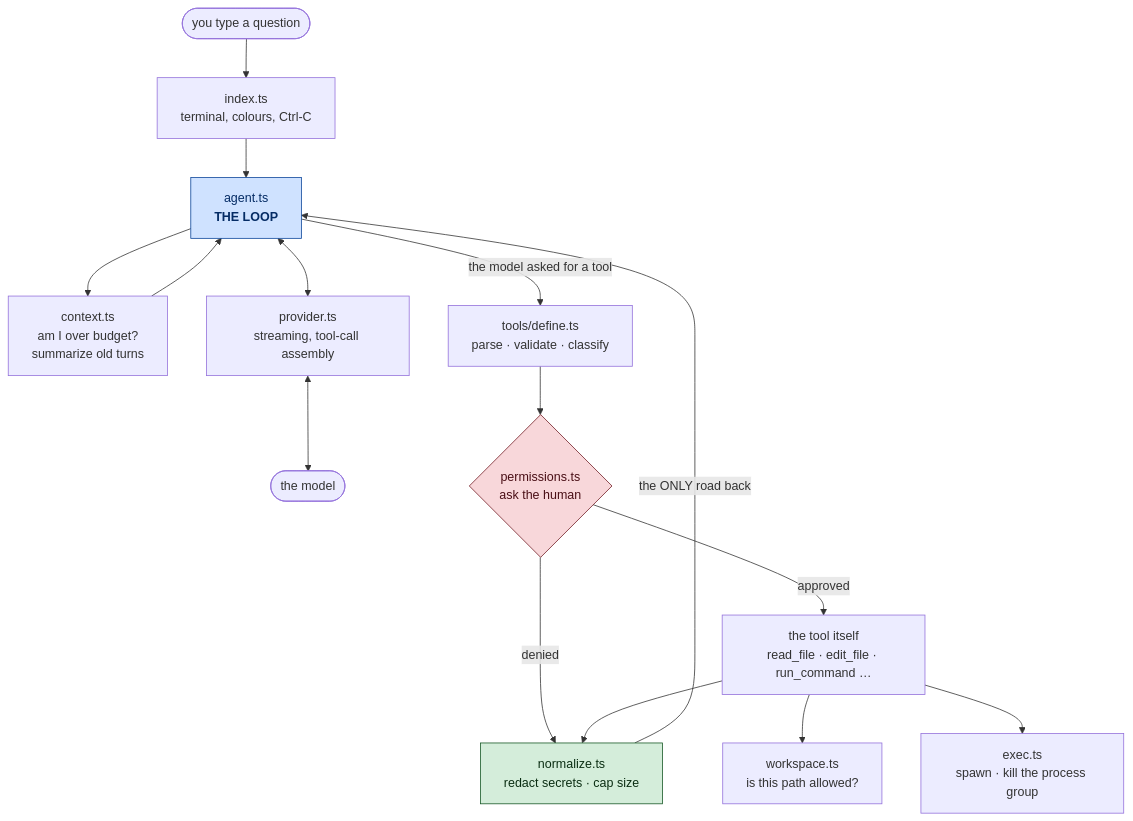
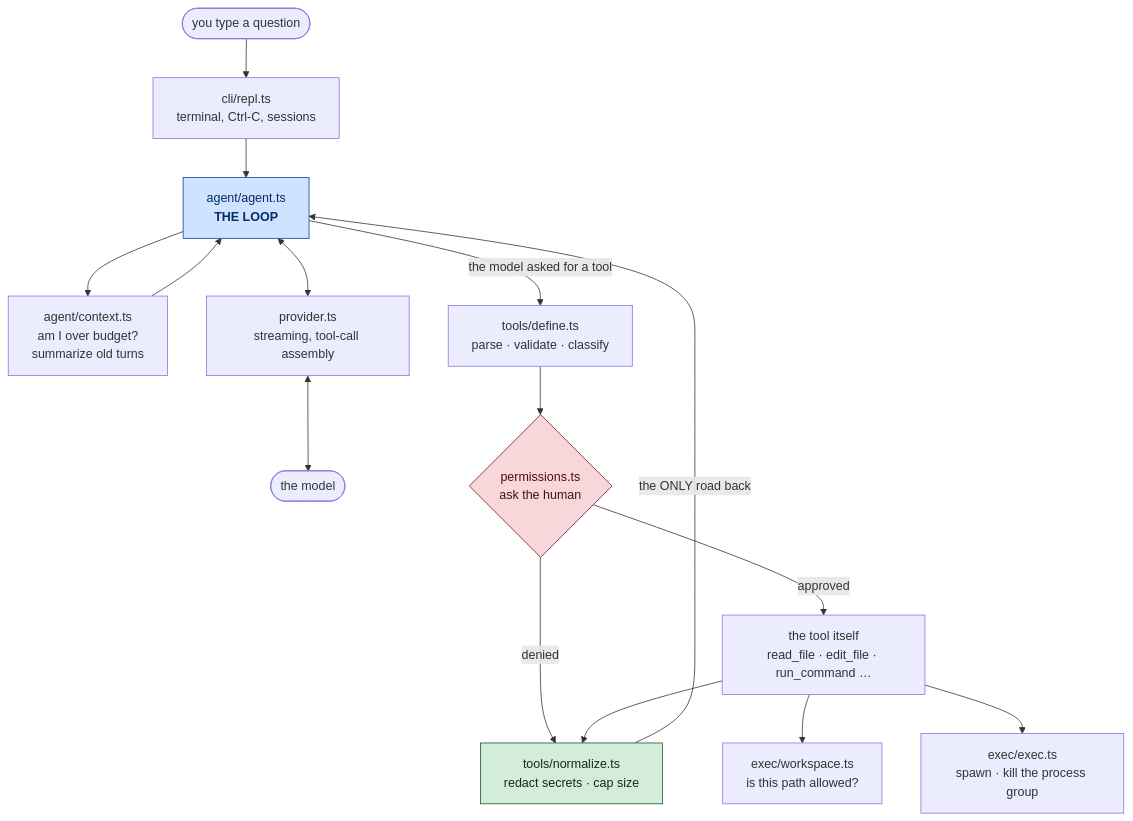
One commit to bairoy/KRIMICODE changed the first of 2 diagrams in learning/README.md. Above: the diagram before and after it, drawn with Mermaid. The commit also changed other lines of this file and 22 other files, not shown here.

````diff
--- a/learning/README.md
+++ b/learning/README.md
@@ -12,24 +12,24 @@
 ```mermaid
 flowchart TD
-    YOU(["you type a question"]) --> IDX["index.ts<br/>terminal, colours, Ctrl-C"]
-    IDX --> AG["agent.ts<br/><b>THE LOOP</b>"]
+    YOU(["you type a question"]) --> IDX["cli/repl.ts<br/>terminal, Ctrl-C, sessions"]
+    IDX --> AG["agent/agent.ts<br/><b>THE LOOP</b>"]
 
-    AG --> CTX["context.ts<br/>am I over budget?<br/>summarize old turns"]
+    AG --> CTX["agent/context.ts<br/>am I over budget?<br/>summarize old turns"]
     CTX --> AG
 
     AG <--> PROV["provider.ts<br/>streaming, tool-call assembly"]
     PROV <--> MODEL(["the model"])
 
     AG -->|"the model asked for a tool"| DEF["tools/define.ts<br/>parse · validate · classify"]
     DEF --> GATE{"permissions.ts<br/>ask the human"}
     GATE -->|denied| NORM
     GATE -->|approved| TOOL["the tool itself<br/>read_file · edit_file · run_command …"]
-    TOOL --> WS["workspace.ts<br/>is this path allowed?"]
-    TOOL --> EXEC["exec.ts<br/>spawn · kill the process group"]
-    TOOL --> NORM["normalize.ts<br/>redact secrets · cap size"]
+    TOOL --> WS["exec/workspace.ts<br/>is this path allowed?"]
+    TOOL --> EXEC["exec/exec.ts<br/>spawn · kill the process group"]
+    TOOL --> NORM["tools/normalize.ts<br/>redact secrets · cap size"]
     NORM -->|"the ONLY road back"| AG
 
     style AG fill:#cfe2ff,stroke:#084298,color:#052c65
     style GATE fill:#f8d7da,stroke:#721c24,color:#4a0f16
     style NORM fill:#d4edda,stroke:#155724,color:#0b2e13
 ```
````
